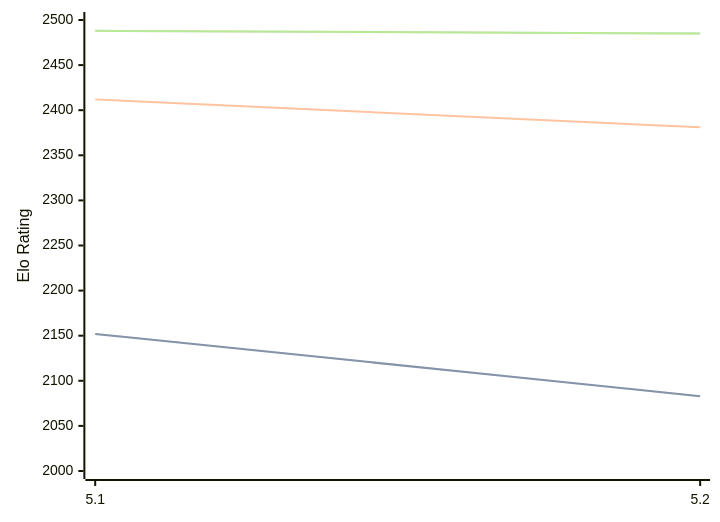
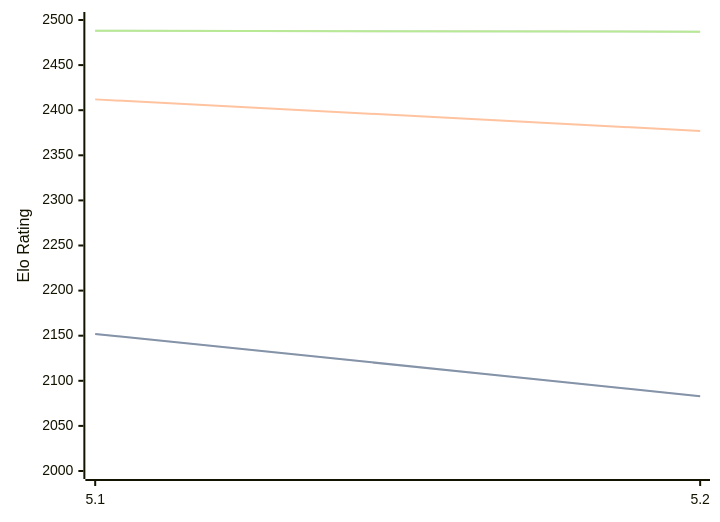
One commit to computer-chess-index/cci changed the diagram in engines/Prophet.md. Above: the diagram before and after it, drawn with Mermaid. The commit also changed other lines of this file, not shown here.

Commit message:
Update CCI Ratings (ELO VLTC) - 2026-07-22

````diff
--- a/engines/Prophet.md
+++ b/engines/Prophet.md
@@ -38,11 +38,11 @@
 ```mermaid
 %%{init: {"theme":"base","themeVariables":{"seriesColors:['#a3a3a3','#222221','#faa371']}}}%%
 xychart-beta
   x-axis ["5.1", "5.2"]
   y-axis "Elo Rating" 2000 --> 2500
   line "STC (8.0+0.08s)" [2152, 2083]
   line "STC (8.0+0.08s)" [2152, 2083]
-  line "LTC (60.0+0.60s)" [2412, 2381]
-  line "VLTC (2m24s+1.12s)" [2488, 2485]
-  line "VLTC (2m24s+1.12s)" [2488, 2485]
+  line "LTC (60.0+0.60s)" [2412, 2377]
+  line "VLTC (2m24s+1.12s)" [2488, 2487]
+  line "VLTC (2m24s+1.12s)" [2488, 2487]
 ```
````
